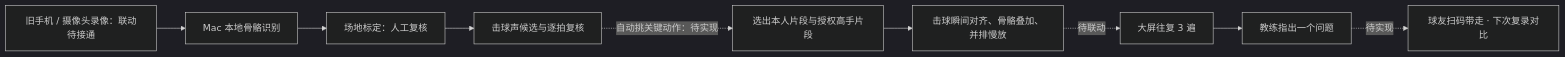
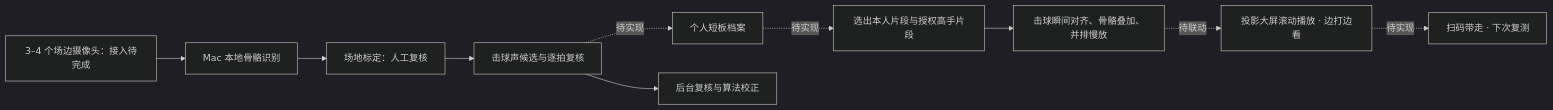
The diagram in README.md (twischen-dot/badminton-mirror-coach), drawn with Mermaid (dark theme) before and after one commit. The commit also changed other lines of this file, not shown here.

````diff
--- a/README.md
+++ b/README.md
@@ -29,11 +29,12 @@
 ```mermaid
 flowchart LR
-    A[旧手机 / 摄像头录像：联动待接通] --> B[Mac 本地骨骼识别]
+    A[3–4 个场边摄像头：接入待完成] --> B[Mac 本地骨骼识别]
     B --> C[场地标定：人工复核]
     C --> D[击球声候选与逐拍复核]
-    D -. 自动挑关键动作：待实现 .-> E[选出本人片段与授权高手片段]
-    E --> F[击球瞬间对齐、骨骼叠加、并排慢放]
-    F -. 待联动 .-> G[大屏往复 3 遍]
-    G --> H[教练指出一个问题]
-    H -. 待实现 .-> I[球友扫码带走 · 下次复录对比]
+    D -. 待实现 .-> E[个人短板档案]
+    E -. 待实现 .-> F[选出本人片段与授权高手片段]
+    F --> G[击球瞬间对齐、骨骼叠加、并排慢放]
+    G -. 待联动 .-> H[投影大屏滚动播放 · 边打边看]
+    H -. 待实现 .-> I[扫码带走 · 下次复测]
+    D --> J[后台复核与算法校正]
 ```
````
